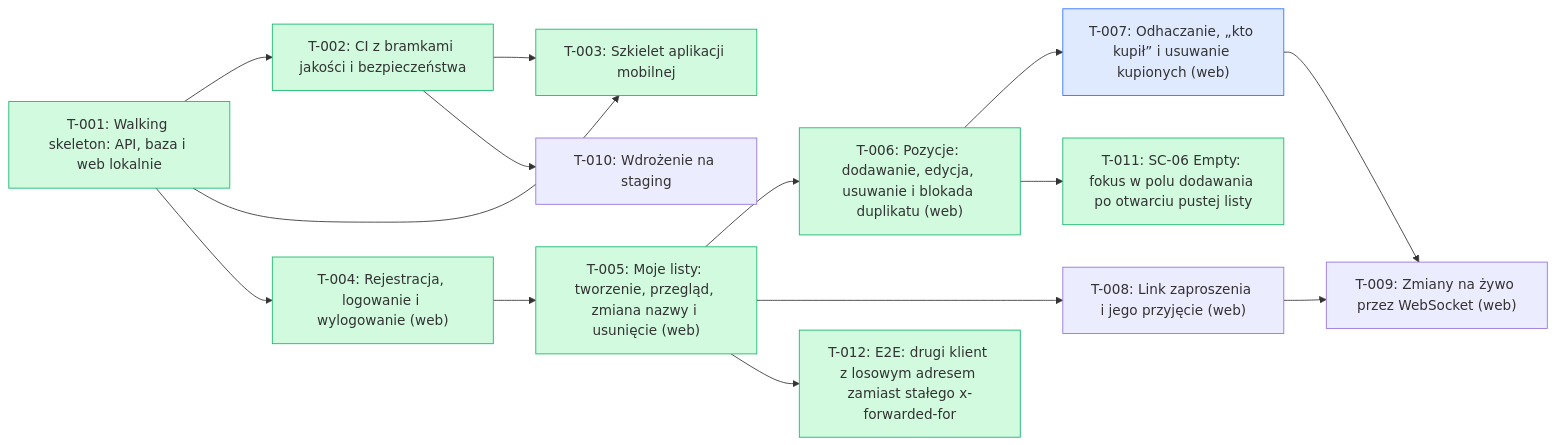
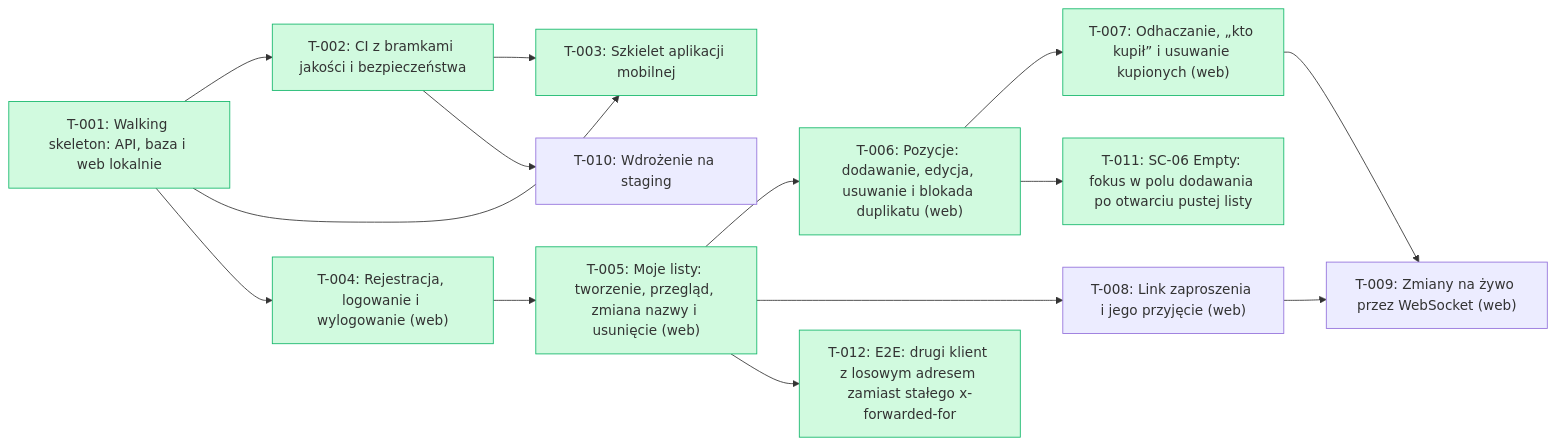
One commit to tombraz/lista-zakupow changed the diagram in docs/backlog/index.md. Above: the diagram before and after it, drawn with Mermaid. The commit also changed other lines of this file and 2 other files, not shown here.

````diff
--- a/docs/backlog/index.md
+++ b/docs/backlog/index.md
@@ -18,32 +18,32 @@
 ```mermaid
 flowchart LR
   T_001["T-001: Walking skeleton: API, baza i web lokalnie"]:::done
   T_002["T-002: CI z bramkami jakości i bezpieczeństwa"]:::done
   T_003["T-003: Szkielet aplikacji mobilnej"]:::done
   T_004["T-004: Rejestracja, logowanie i wylogowanie (web)"]:::done
   T_005["T-005: Moje listy: tworzenie, przegląd, zmiana nazwy i usunięcie (web)"]:::done
   T_006["T-006: Pozycje: dodawanie, edycja, usuwanie i blokada duplikatu (web)"]:::done
-  T_007["T-007: Odhaczanie, „kto kupił” i usuwanie kupionych (web)"]:::qa
+  T_007["T-007: Odhaczanie, „kto kupił” i usuwanie kupionych (web)"]:::done
   T_008["T-008: Link zaproszenia i jego przyjęcie (web)"]
   T_009["T-009: Zmiany na żywo przez WebSocket (web)"]
   T_010["T-010: Wdrożenie na staging"]
   T_011["T-011: SC-06 Empty: fokus w polu dodawania po otwarciu pustej listy"]:::done
   T_012["T-012: E2E: drugi klient z losowym adresem zamiast stałego x-forwarded-for"]:::done
   T_001 --> T_002
   T_001 --> T_003
   T_002 --> T_003
   T_001 --> T_004
   T_004 --> T_005
   T_005 --> T_006
   T_006 --> T_007
   T_005 --> T_008
   T_007 --> T_009
   T_008 --> T_009
   T_002 --> T_010
   T_006 --> T_011
   T_005 --> T_012
   classDef done fill:#d1fadf,stroke:#12b76a
   classDef wip fill:#fef0c7,stroke:#f79009
   classDef qa fill:#e0eaff,stroke:#2970ff
   classDef blocked fill:#fee4e2,stroke:#f04438
 ```
````
